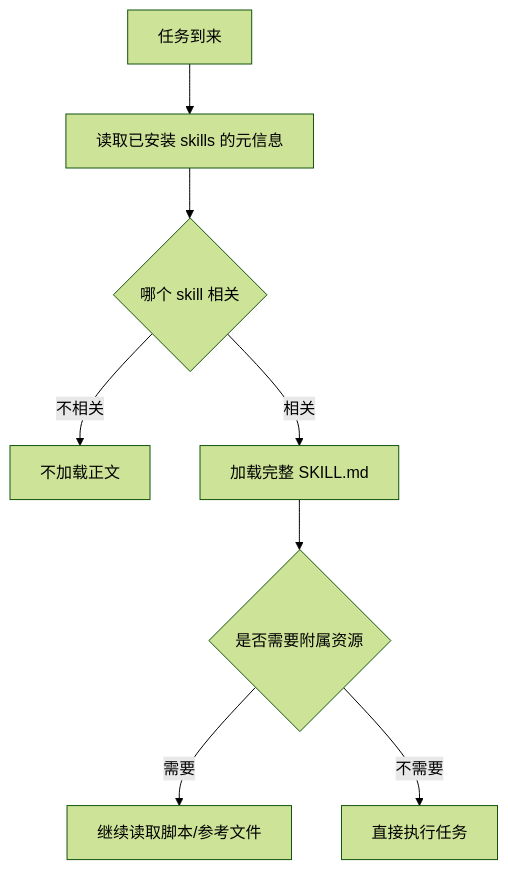
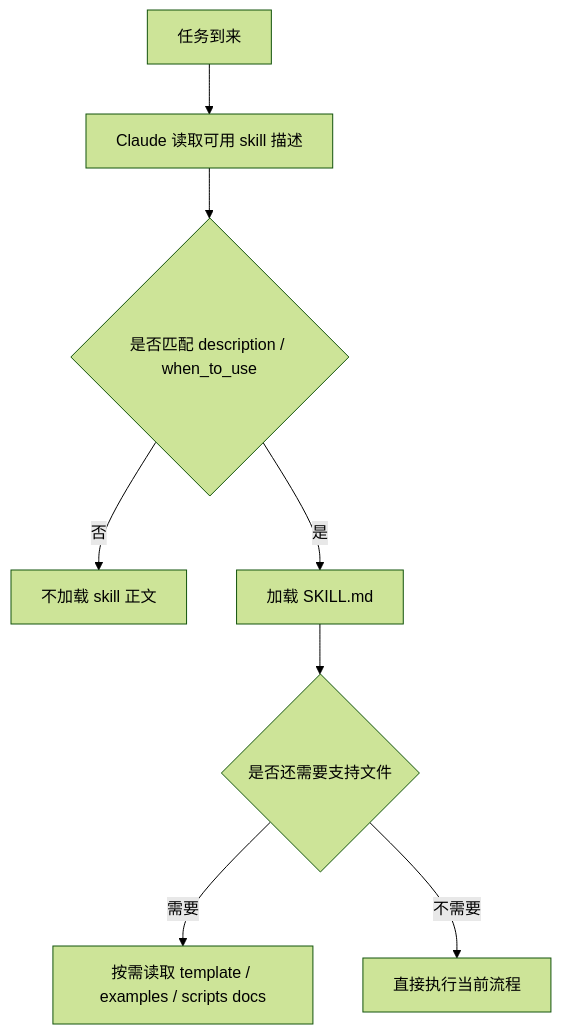
One commit to xiaoqianbaobao/ai-guide changed the first of 2 diagrams in docs/05-tools-frameworks/agent-skills.md. Above: the diagram before and after it, drawn with Mermaid (forest theme). The commit also changed other lines of this file and 2 other files, not shown here.

````diff
--- a/docs/05-tools-frameworks/agent-skills.md
+++ b/docs/05-tools-frameworks/agent-skills.md
@@ -114,10 +154,10 @@
 ```mermaid
 flowchart TD
-    A[任务到来] --> B[读取已安装 skills 的元信息]
-    B --> C{哪个 skill 相关}
-    C -->|不相关| D[不加载正文]
-    C -->|相关| E[加载完整 SKILL.md]
-    E --> F{是否需要附属资源}
-    F -->|需要| G[继续读取脚本/参考文件]
-    F -->|不需要| H[直接执行任务]
+    A[任务到来] --> B[Claude 读取可用 skill 描述]
+    B --> C{是否匹配 description / when_to_use}
+    C -->|否| D[不加载 skill 正文]
+    C -->|是| E[加载 SKILL.md]
+    E --> F{是否还需要支持文件}
+    F -->|需要| G[按需读取 template / examples / scripts docs]
+    F -->|不需要| H[直接执行当前流程]
 ```
````
